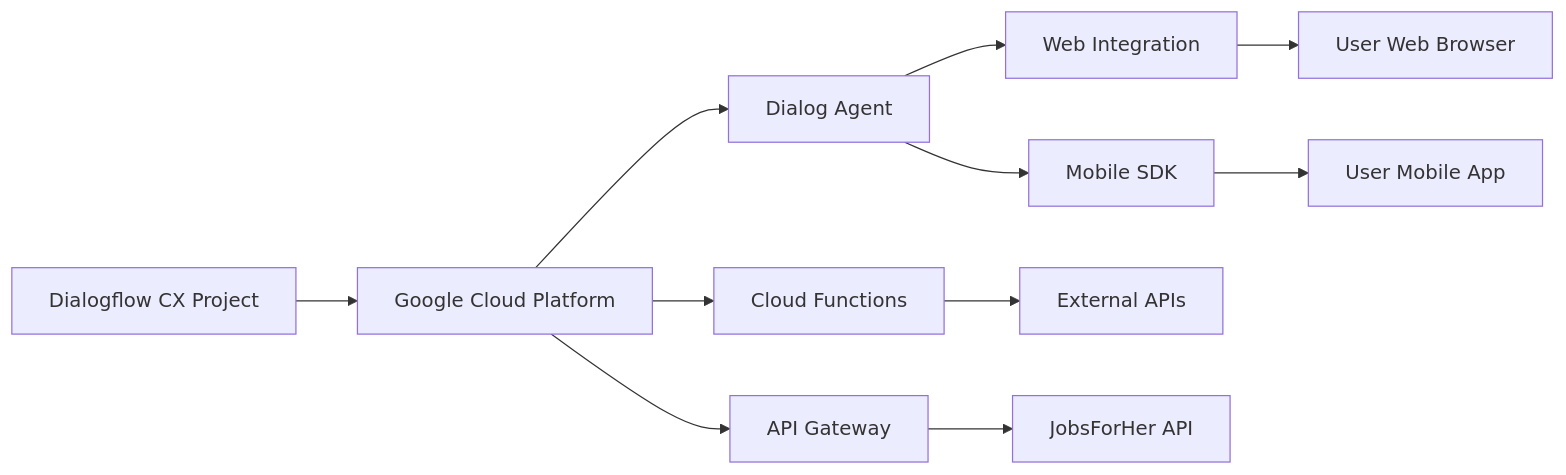
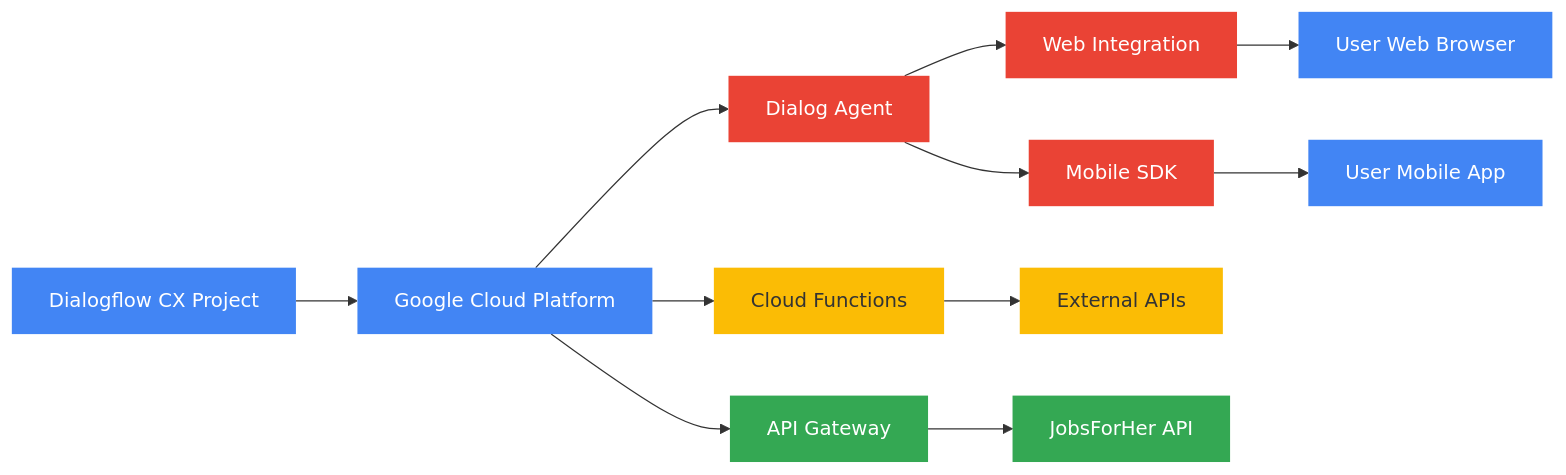
Before and after one commit to koradiaishita/herkey-chatbot: the sixth of 6 diagrams in README.md, drawn with Mermaid. The commit also changed other lines of this file, not shown here.

Commit message:
Enhanced diagrams with Google brand color palette

````diff
--- a/README.md
+++ b/README.md
@@ -308,16 +348,29 @@
 ```mermaid
 flowchart LR
+    %% Google Brand Colors
+    classDef googleBlue fill:#4285F4,color:white,stroke:none
+    classDef googleRed fill:#EA4335,color:white,stroke:none
+    classDef googleYellow fill:#FBBC05,color:#333,stroke:none
+    classDef googleGreen fill:#34A853,color:white,stroke:none
+
     A[Dialogflow CX Project] --> B[Google Cloud Platform]
     B --> C[Dialog Agent]
     B --> D[Cloud Functions]
     B --> E[API Gateway]
     
     C --> F[Web Integration]
     C --> G[Mobile SDK]
     
     D --> H[External APIs]
     E --> I[JobsForHer API]
     
     F --> J[User Web Browser]
     G --> K[User Mobile App]
+    
+    %% Apply Google Brand Colors
+    class A,B googleBlue
+    class C,F,G googleRed
+    class D,H googleYellow
+    class E,I googleGreen
+    class J,K googleBlue
 ```
````
